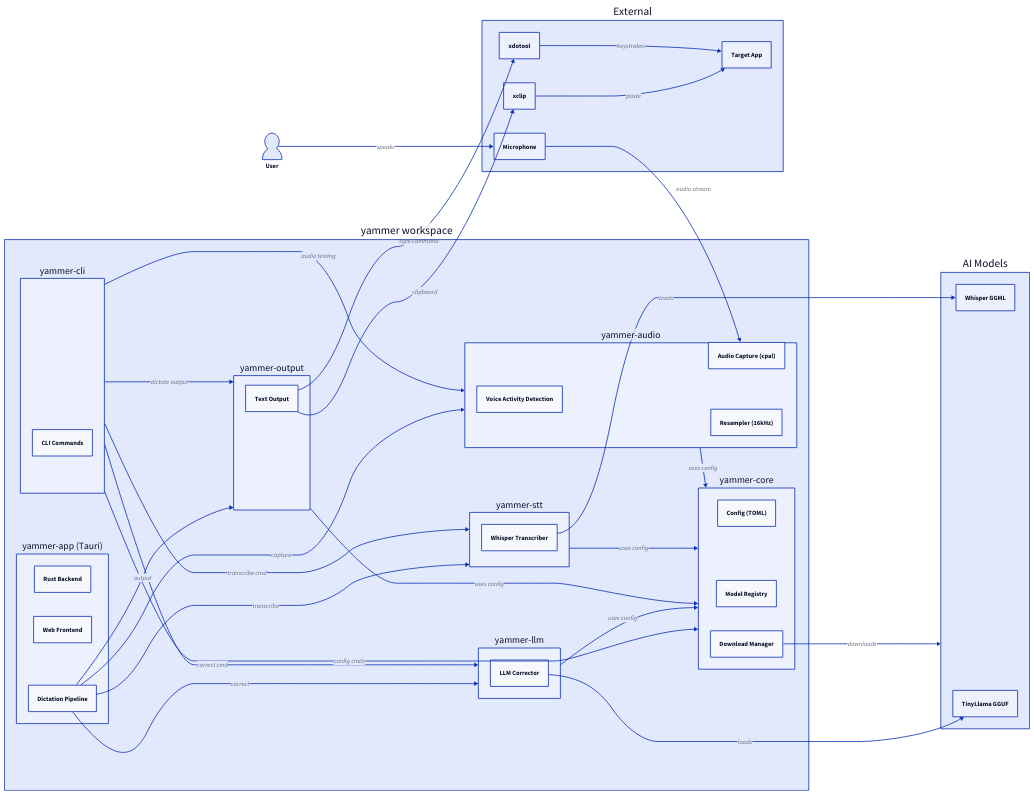
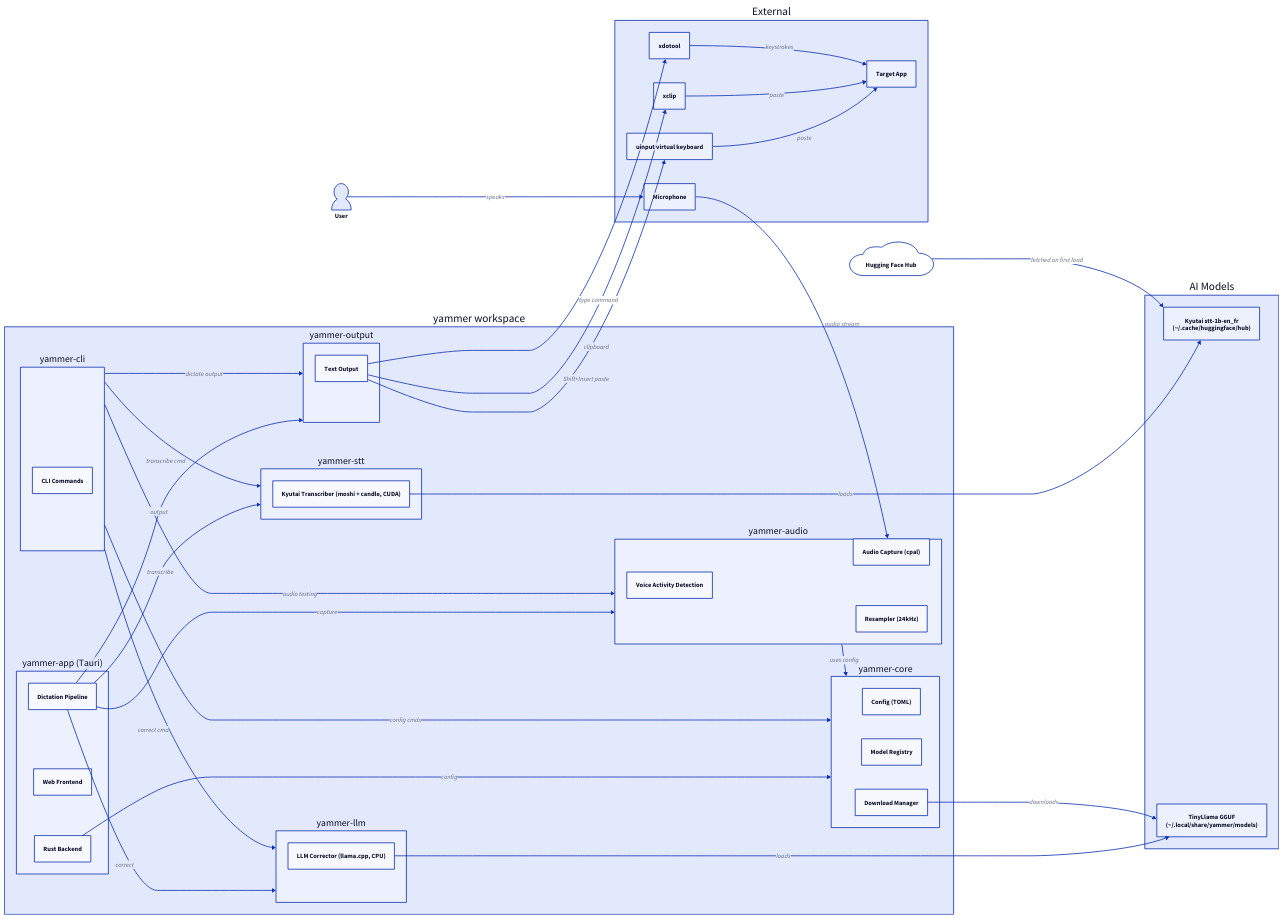
One commit to andynu/yammer changed the diagram in docs/components.d2. Above: the diagram before and after it, drawn with D2. The commit also changed 4 other files, not shown here.

First line of the commit message:
Trim ONBOARDING.md to architecture and update diagrams for Kyutai

```diff
--- a/docs/components.d2
+++ b/docs/components.d2
@@ -1,89 +1,95 @@
 # Yammer Component Architecture
 
 direction: right
 
 user: User {
   shape: person
 }
 
 # External Dependencies
 external: External {
   mic: Microphone
   xdotool: xdotool
   xclip: xclip
+  uinput: uinput virtual keyboard
   app: Target App
 }
 
 # Rust Workspace Crates
 workspace: yammer workspace {
 
   core: yammer-core {
     config: Config (TOML)
     model: Model Registry
     download: Download Manager
   }
 
   audio: yammer-audio {
     capture: Audio Capture (cpal)
     vad: Voice Activity Detection
-    resample: Resampler (16kHz)
+    resample: Resampler (24kHz)
   }
 
   stt: yammer-stt {
-    whisper: Whisper Transcriber
+    kyutai: Kyutai Transcriber (moshi + candle, CUDA)
   }
 
   llm: yammer-llm {
-    corrector: LLM Corrector
+    corrector: LLM Corrector (llama.cpp, CPU)
   }
 
   output: yammer-output {
     textout: Text Output
   }
 
   cli: yammer-cli {
     commands: CLI Commands
   }
 
   app: yammer-app (Tauri) {
     backend: Rust Backend
     frontend: Web Frontend
     pipeline: Dictation Pipeline
   }
 }
 
 # Models on disk
 models: AI Models {
-  whisper_model: Whisper GGML
-  llm_model: TinyLlama GGUF
+  stt_model: "Kyutai stt-1b-en_fr\n(~/.cache/huggingface/hub)"
+  llm_model: "TinyLlama GGUF\n(~/.local/share/yammer/models)"
+}
+
+hf: Hugging Face Hub {
+  shape: cloud
 }
 
 # Dependencies between crates
 workspace.audio -> workspace.core: uses config
-workspace.stt -> workspace.core: uses config
-workspace.llm -> workspace.core: uses config
-workspace.output -> workspace.core: uses config
 
 workspace.cli -> workspace.audio: audio testing
 workspace.cli -> workspace.stt: transcribe cmd
 workspace.cli -> workspace.llm: correct cmd
 workspace.cli -> workspace.output: dictate output
 workspace.cli -> workspace.core: config cmds
 
+workspace.app.backend -> workspace.core: config
 workspace.app.pipeline -> workspace.audio: capture
 workspace.app.pipeline -> workspace.stt: transcribe
 workspace.app.pipeline -> workspace.llm: correct
 workspace.app.pipeline -> workspace.output: output
 
 # External connections
 user -> external.mic: speaks
 external.mic -> workspace.audio.capture: audio stream
 workspace.output.textout -> external.xdotool: type command
 workspace.output.textout -> external.xclip: clipboard
+workspace.output.textout -> external.uinput: Shift+Insert paste
 external.xdotool -> external.app: keystrokes
 external.xclip -> external.app: paste
+external.uinput -> external.app: paste
 
 # Model loading
-workspace.core.download -> models: downloads
-workspace.stt.whisper -> models.whisper_model: loads
+workspace.core.download -> models.llm_model: downloads
+hf -> models.stt_model: fetched on first load
+workspace.stt.kyutai -> models.stt_model: loads
 workspace.llm.corrector -> models.llm_model: loads
```
